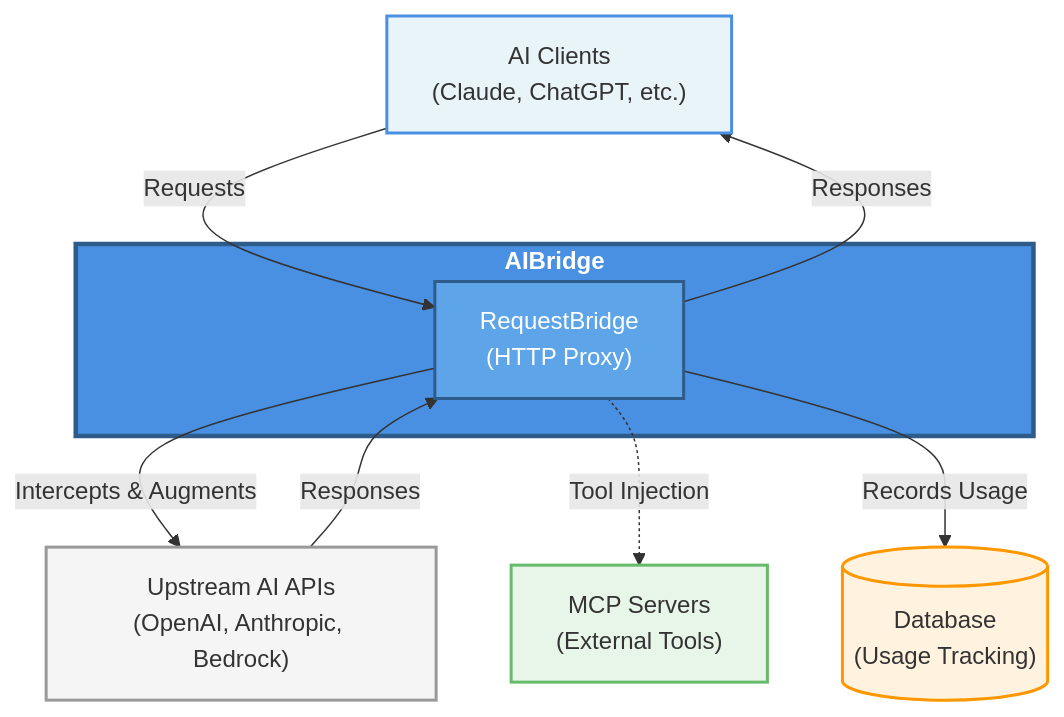
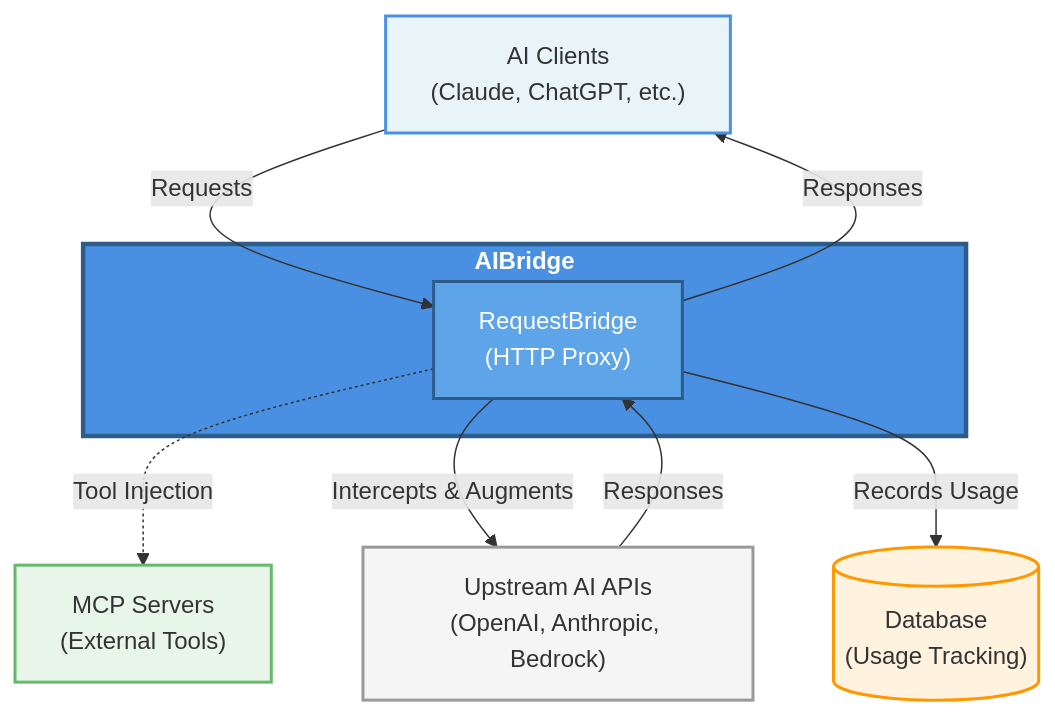
One commit to coder/aibridge changed the diagram in README.md. Above: the diagram before and after it, drawn with Mermaid. The commit also changed other lines of this file, not shown here.

Commit message:
Show tool injection before API calls in diagram flow

````diff
--- a/README.md
+++ b/README.md
@@ -20,26 +20,26 @@
 ```mermaid
 graph TB
     Client["AI Clients<br/>(Claude, ChatGPT, etc.)"]
     
     subgraph aibridge["<b>AIBridge</b>"]
         Bridge["RequestBridge<br/>(HTTP Proxy)"]
     end
     
     APIs["Upstream AI APIs<br/>(OpenAI, Anthropic, Bedrock)"]
     MCP["MCP Servers<br/>(External Tools)"]
     DB[("Database<br/>(Usage Tracking)")]
     
     Client -->|"Requests"| Bridge
+    Bridge -.->|"Tool Injection"| MCP
     Bridge -->|"Intercepts & Augments"| APIs
-    Bridge -.->|"Tool Injection"| MCP
     Bridge -->|"Records Usage"| DB
     APIs -->|"Responses"| Bridge
     Bridge -->|"Responses"| Client
     
     style aibridge fill:#4A90E2,stroke:#2E5C8A,stroke-width:3px,color:#fff
     style Bridge fill:#5DA5E8,stroke:#2E5C8A,stroke-width:2px,color:#fff
     style Client fill:#E8F4F8,stroke:#4A90E2,stroke-width:2px
     style APIs fill:#F5F5F5,stroke:#999,stroke-width:2px
     style MCP fill:#E8F5E9,stroke:#66BB6A,stroke-width:2px
     style DB fill:#FFF3E0,stroke:#FF9800,stroke-width:2px
 ```
````
